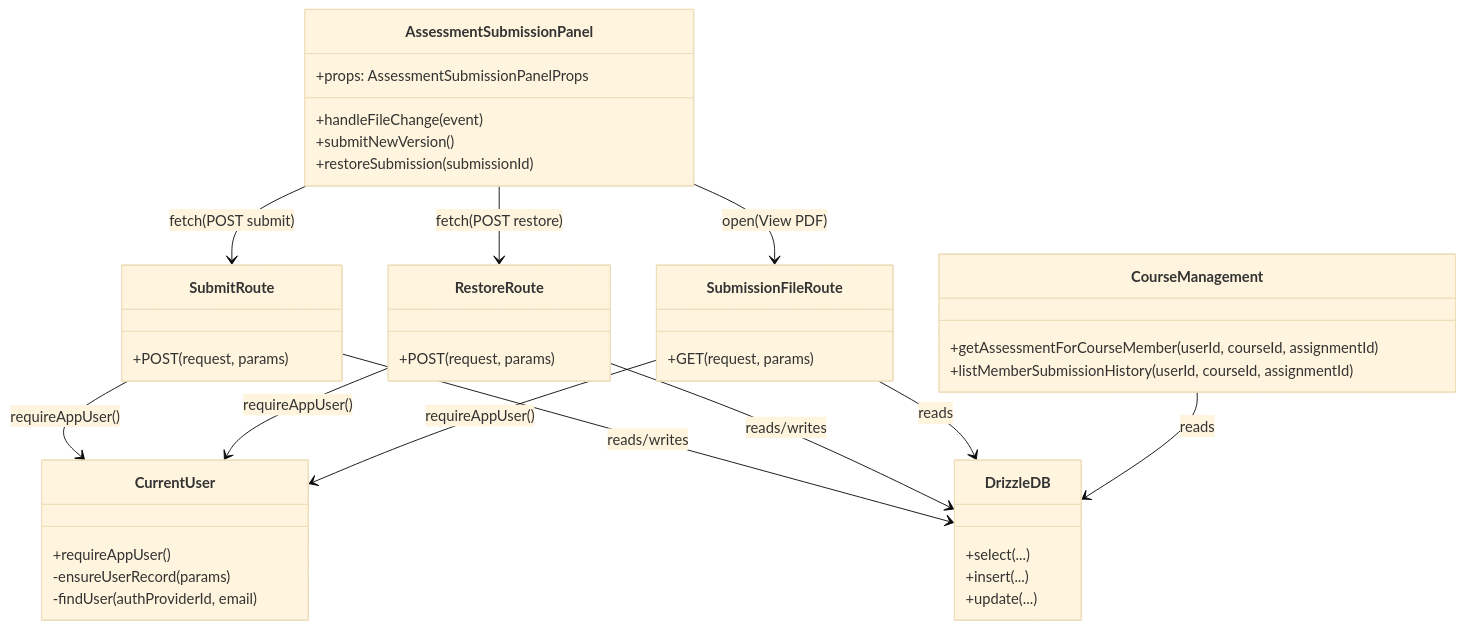
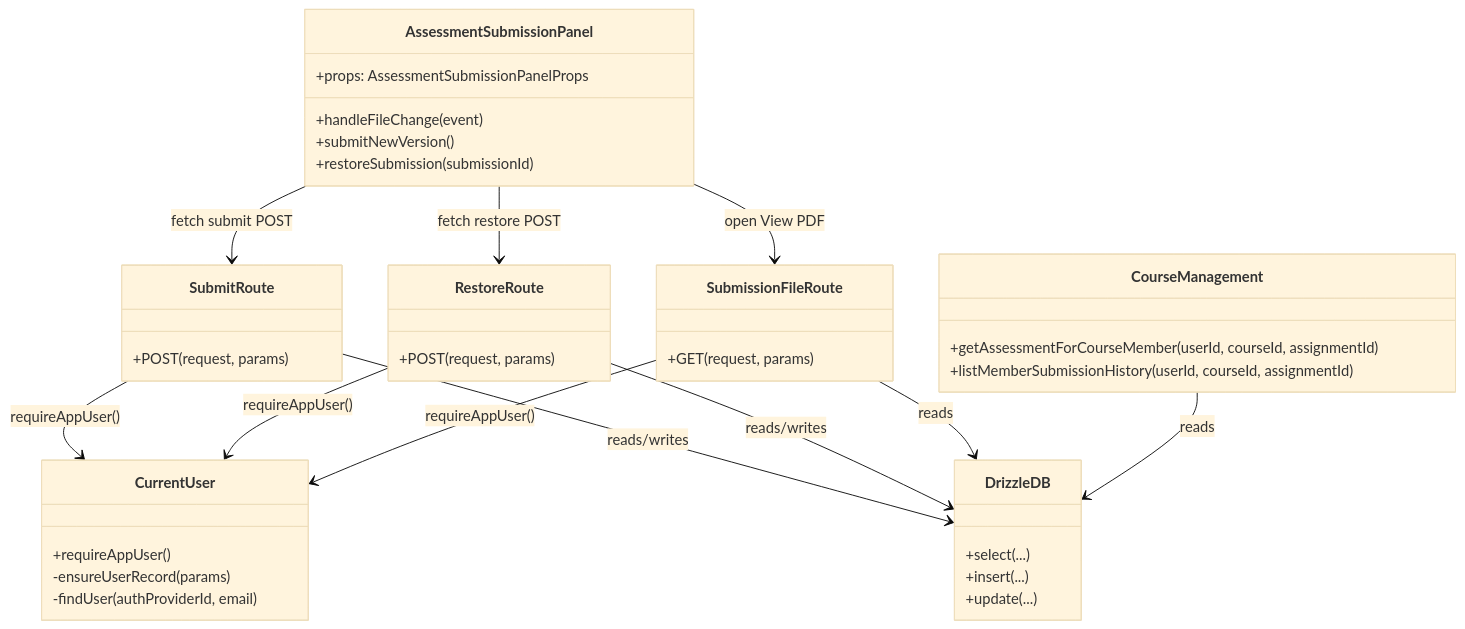
Before and after one commit to KesterTan/GradienceV2: the third of 3 diagrams in DEV_SPEC_SUBMISSIONS.md, drawn with Mermaid (base theme). The commit also changed other lines of this file, not shown here.

Commit message:
attempt to fix mermaide

````diff
--- a/DEV_SPEC_SUBMISSIONS.md
+++ b/DEV_SPEC_SUBMISSIONS.md
@@ -134,52 +134,52 @@
 ```mermaid
 classDiagram
   class AssessmentSubmissionPanel {
     +props: AssessmentSubmissionPanelProps
     +handleFileChange(event)
     +submitNewVersion()
     +restoreSubmission(submissionId)
   }
 
   class SubmitRoute {
     +POST(request, params)
   }
 
   class RestoreRoute {
     +POST(request, params)
   }
 
   class SubmissionFileRoute {
     +GET(request, params)
   }
 
   class CourseManagement {
     +getAssessmentForCourseMember(userId, courseId, assignmentId)
     +listMemberSubmissionHistory(userId, courseId, assignmentId)
   }
 
   class CurrentUser {
     +requireAppUser()
     -ensureUserRecord(params)
     -findUser(authProviderId, email)
   }
 
   class DrizzleDB {
     +select(...)
     +insert(...)
     +update(...)
   }
 
-  AssessmentSubmissionPanel --> SubmitRoute : fetch(POST submit)
-  AssessmentSubmissionPanel --> RestoreRoute : fetch(POST restore)
-  AssessmentSubmissionPanel --> SubmissionFileRoute : open(View PDF)
+  AssessmentSubmissionPanel --> SubmitRoute : fetch submit POST
+  AssessmentSubmissionPanel --> RestoreRoute : fetch restore POST
+  AssessmentSubmissionPanel --> SubmissionFileRoute : open View PDF
 
   SubmitRoute --> CurrentUser : requireAppUser()
   RestoreRoute --> CurrentUser : requireAppUser()
   SubmissionFileRoute --> CurrentUser : requireAppUser()
 
   SubmitRoute --> DrizzleDB : reads/writes
   RestoreRoute --> DrizzleDB : reads/writes
   SubmissionFileRoute --> DrizzleDB : reads
 
   CourseManagement --> DrizzleDB : reads
 ```
````
